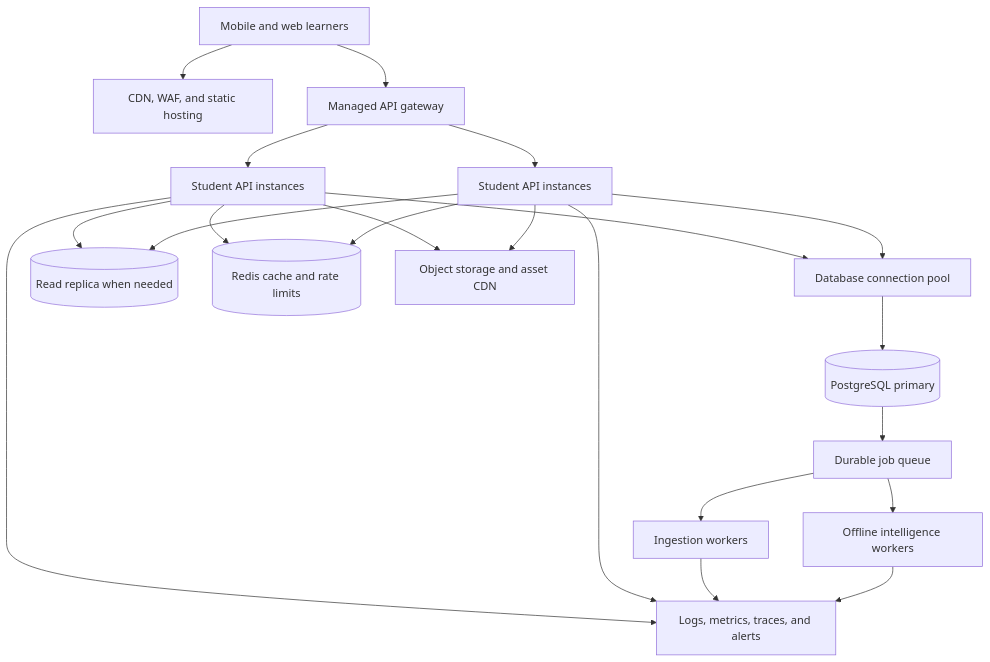
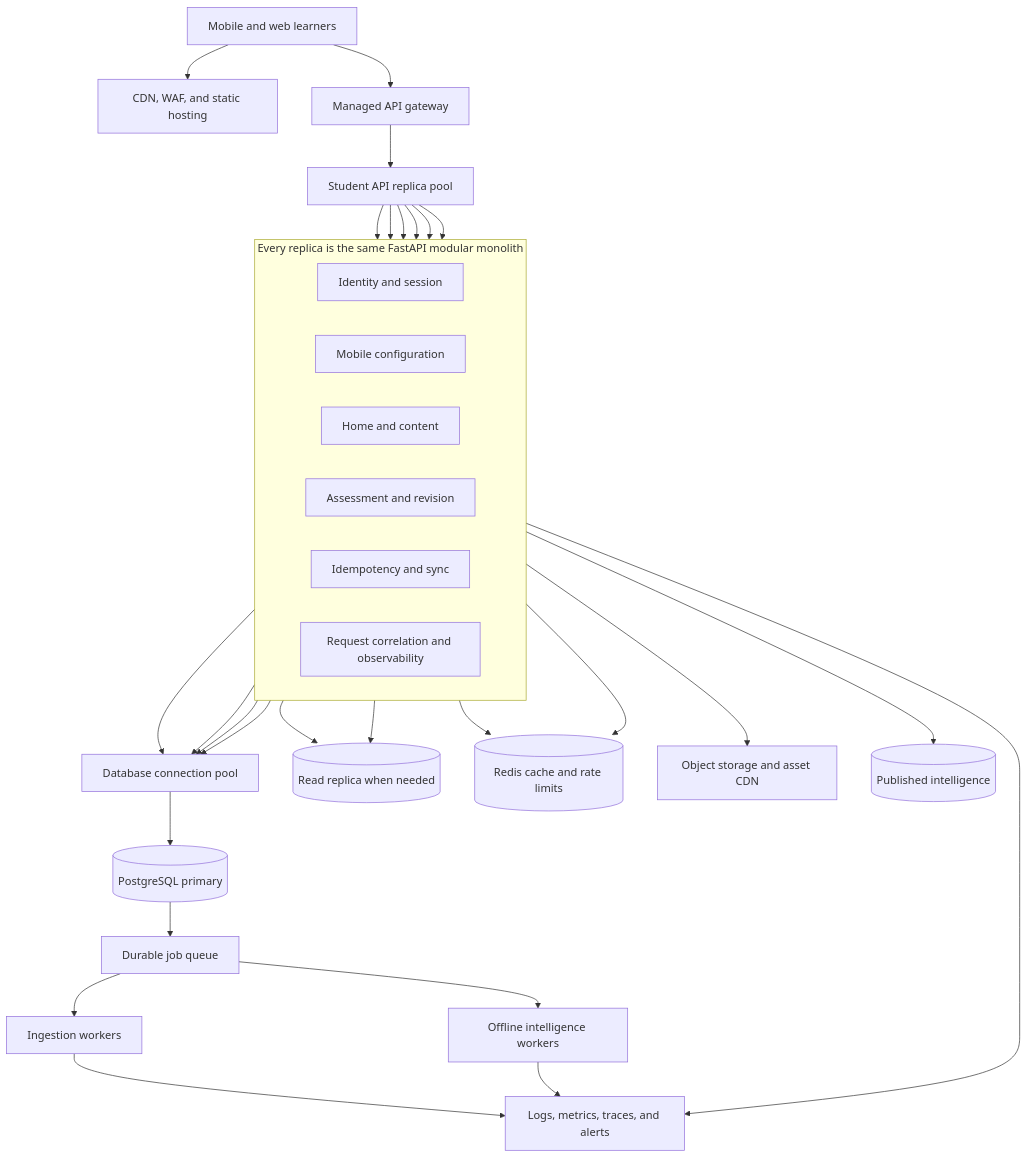
Before and after one commit to adarsh-repos/sarkariexams-docs: the sixth of 6 diagrams in mobile/05-scalable-platform-architecture.md, drawn with Mermaid. The commit also changed other lines of this file, not shown here.

Commit message:
Clarify monolith deployment topology.
Show the replicated Student API as one modular FastAPI application so its service boundaries are unambiguous.

````diff
--- a/mobile/05-scalable-platform-architecture.md
+++ b/mobile/05-scalable-platform-architecture.md
@@ -237,23 +237,41 @@
 ```mermaid
 flowchart TB
     Users["Mobile and web learners"] --> Cdn["CDN, WAF, and static hosting"]
     Users --> Gateway["Managed API gateway"]
-    Gateway --> ApiA["Student API instances"]
-    Gateway --> ApiB["Student API instances"]
-    ApiA --> Pool["Database connection pool"]
-    ApiB --> Pool
+
+    Gateway --> ApiPool["Student API replica pool"]
+    subgraph Monolith["Every replica is the same FastAPI modular monolith"]
+        direction LR
+        IdentityModule["Identity and session"]
+        ConfigModule["Mobile configuration"]
+        ContentModule["Home and content"]
+        AssessmentModule["Assessment and revision"]
+        SyncModule["Idempotency and sync"]
+        ObservabilityModule["Request correlation and observability"]
+    end
+
+    ApiPool --> IdentityModule
+    ApiPool --> ConfigModule
+    ApiPool --> ContentModule
+    ApiPool --> AssessmentModule
+    ApiPool --> SyncModule
+    ApiPool --> ObservabilityModule
+
+    IdentityModule --> Pool["Database connection pool"]
+    ContentModule --> Pool
+    AssessmentModule --> Pool
+    SyncModule --> Pool
     Pool --> Primary[("PostgreSQL primary")]
-    ApiA --> Replica[("Read replica when needed")]
-    ApiB --> Replica
-    ApiA --> Redis[("Redis cache and rate limits")]
-    ApiB --> Redis
-    ApiA --> Objects["Object storage and asset CDN"]
-    ApiB --> Objects
+    ContentModule --> Replica[("Read replica when needed")]
+    AssessmentModule --> Replica
+    ConfigModule --> Redis[("Redis cache and rate limits")]
+    ContentModule --> Redis
+    ContentModule --> Objects["Object storage and asset CDN"]
+    AssessmentModule --> Published[("Published intelligence")]
     Primary --> Queue["Durable job queue"]
     Queue --> Ingest["Ingestion workers"]
     Queue --> Intelligence["Offline intelligence workers"]
-    ApiA --> Telemetry["Logs, metrics, traces, and alerts"]
-    ApiB --> Telemetry
+    ObservabilityModule --> Telemetry["Logs, metrics, traces, and alerts"]
     Ingest --> Telemetry
     Intelligence --> Telemetry
 ```
````
